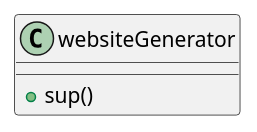
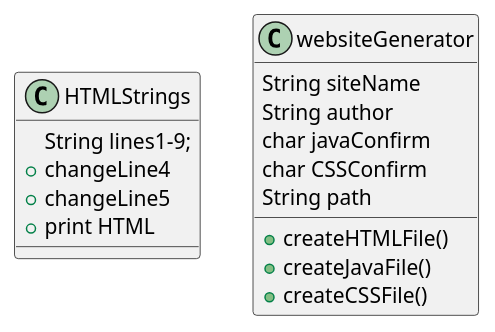
The diagram in docs/ex43.puml (MohTaher108/taher-cop3330-assignment3), drawn with PlantUML before and after one commit. The commit also changed 11 other files, not shown here.

```diff
--- a/docs/ex43.puml
+++ b/docs/ex43.puml
@@ -1,8 +1,22 @@
 @startuml
 'https://plantuml.com/class-diagram
 
+class HTMLStrings {
+String lines1-9;
++ changeLine4
++ changeLine5
++ print HTML
+}
+
 class websiteGenerator {
-+ sup()
+String siteName
+String author
+char javaConfirm
+char CSSConfirm
+String path
++ createHTMLFile()
++ createJavaFile()
++ createCSSFile()
 }
 
 @enduml
```
